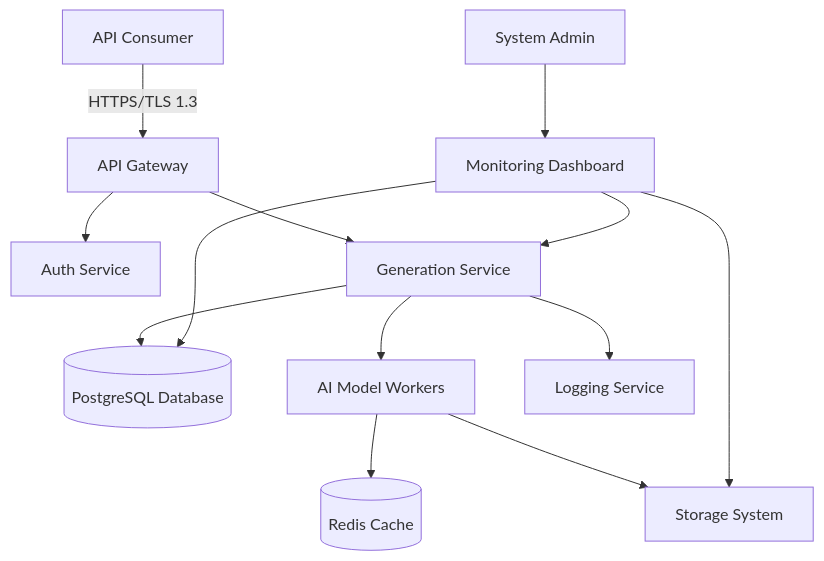
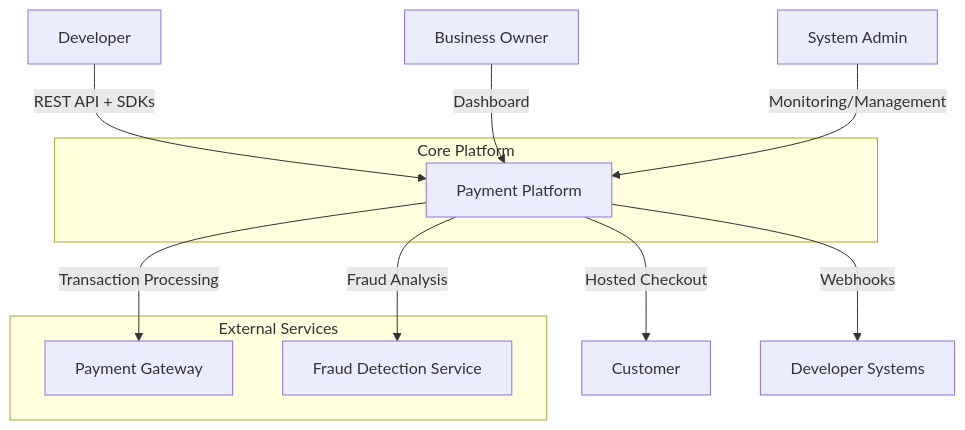
One commit to aqeel-spec/video-lyric-image-and-music-generator changed the diagram in specdock/design.md. Above: the diagram before and after it, drawn with Mermaid. The commit also changed other lines of this file and 2 other files, not shown here.

````diff
--- a/specdock/design.md
+++ b/specdock/design.md
@@ -5,15 +5,19 @@
 ```mermaid
 graph TD
-    A[API Consumer] -->|HTTPS/TLS 1.3| B[API Gateway]
-    B --> C[Auth Service]
-    B --> D[Generation Service]
-    D --> E[(PostgreSQL Database)]
-    D --> F[AI Model Workers]
-    F --> G[(Redis Cache)]
-    F --> H[Storage System]
-    D --> I[Logging Service]
-    J[System Admin] --> K[Monitoring Dashboard]
-    K --> D
-    K --> E
-    K --> H
+    A[Developer] -->|REST API + SDKs| B[Payment Platform]
+    B -->|Hosted Checkout| C[Customer]
+    B -->|Transaction Processing| D[Payment Gateway]
+    B -->|Fraud Analysis| E[Fraud Detection Service]
+    B -->|Webhooks| F[Developer Systems]
+    G[Business Owner] -->|Dashboard| B
+    H[System Admin] -->|Monitoring/Management| B
+    
+    subgraph "Core Platform"
+        B[Payment Platform]
+    end
+    
+    subgraph "External Services"
+        D[Payment Gateway]
+        E[Fraud Detection Service]
+    end
 ```
````
